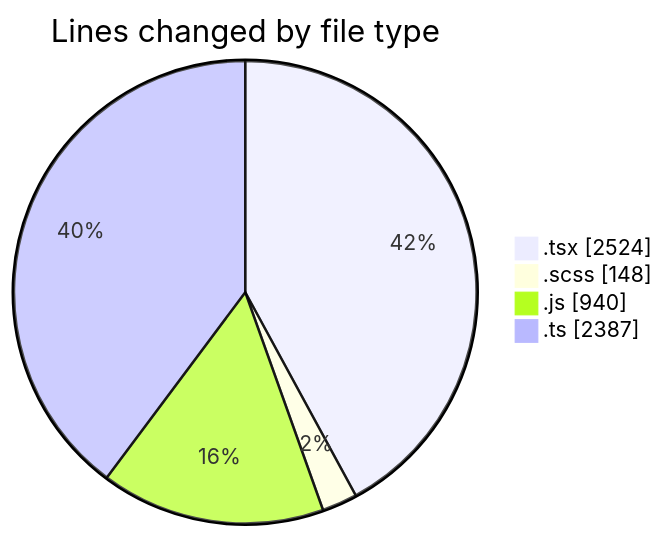
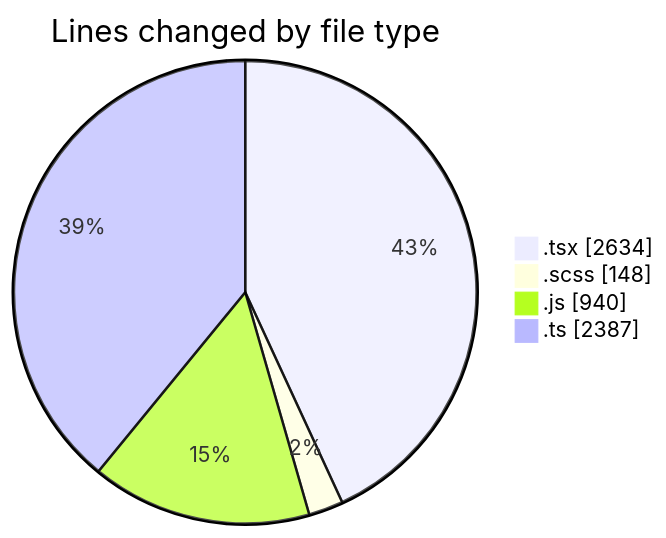
The first of 2 diagrams in 2026-07-15/cda/README.md (momahboobian/code-tracking), drawn with Mermaid before and after one commit. The commit also changed other lines of this file and 1 other file, not shown here.

````diff
--- a/2026-07-15/cda/README.md
+++ b/2026-07-15/cda/README.md
@@ -51,8 +51,8 @@
 ```mermaid
 pie showData
 title Lines changed by file type
-".tsx" : 2524
+".tsx" : 2634
 ".scss" : 148
 ".js" : 940
 ".ts" : 2387
 ```
````
